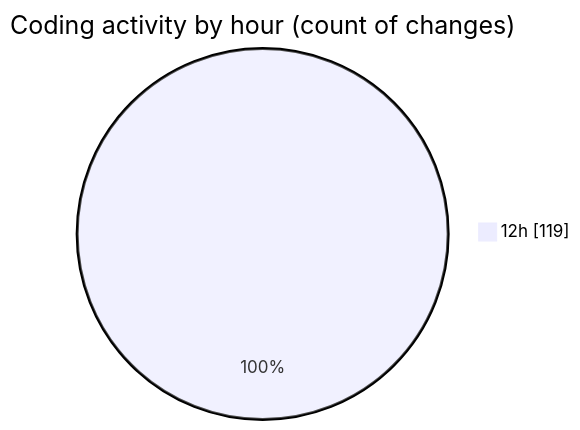
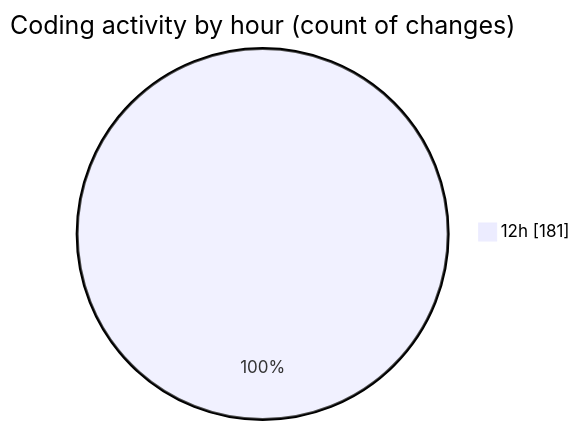
Before and after one commit to ernivani/code-tracking: the second of 2 diagrams in repositories/2024-12-26/leetcode-solutions/README.md, drawn with Mermaid. The commit also changed other lines of this file and 1 other file, not shown here.

````diff
--- a/repositories/2024-12-26/leetcode-solutions/README.md
+++ b/repositories/2024-12-26/leetcode-solutions/README.md
@@ -36,5 +40,5 @@
 ```mermaid
 pie showData
 title Coding activity by hour (count of changes)
-"12h" : 119
+"12h" : 181
 ```
````
